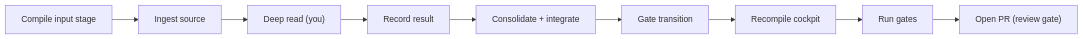
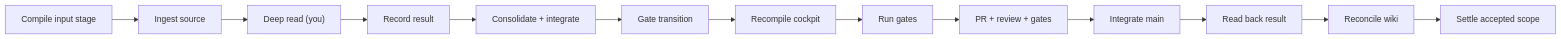
One commit to kimlage/wiki-viva-kit changed the diagram in .skills/wiki-viva/reference/operating.md. Above: the diagram before and after it, drawn with Mermaid. The commit also changed other lines of this file and 4 other files, not shown here.

````diff
--- a/.skills/wiki-viva/reference/operating.md
+++ b/.skills/wiki-viva/reference/operating.md
@@ -8,11 +10,15 @@
 ```mermaid
 flowchart LR
     S["Compile input stage"] --> A["Ingest source"]
     A --> B["Deep read (you)"]
     B --> C["Record result"]
     C --> CI["Consolidate + integrate"]
     CI --> D["Gate transition"]
     D --> E["Recompile cockpit"]
     E --> F["Run gates"]
-    F --> G["Open PR (review gate)"]
+    F --> G["PR + review + gates"]
+    G --> H["Integrate main"]
+    H --> I["Read back result"]
+    I --> J["Reconcile wiki"]
+    J --> K["Settle accepted scope"]
 ```
````
